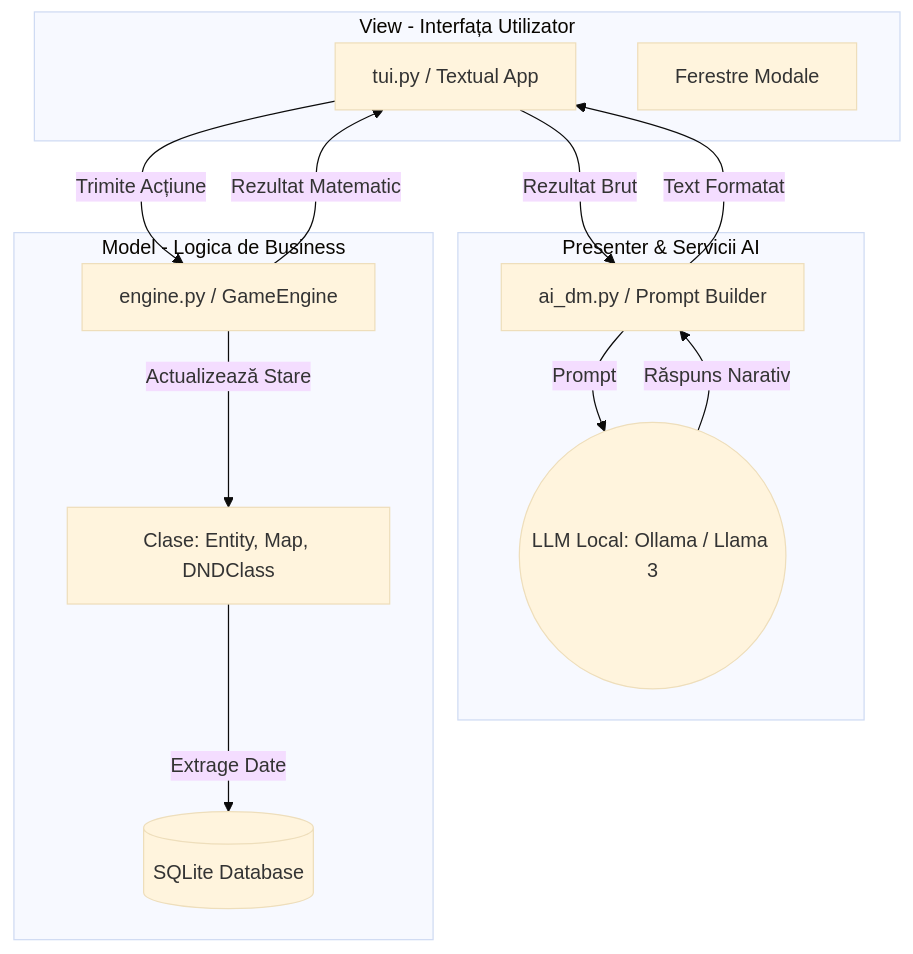
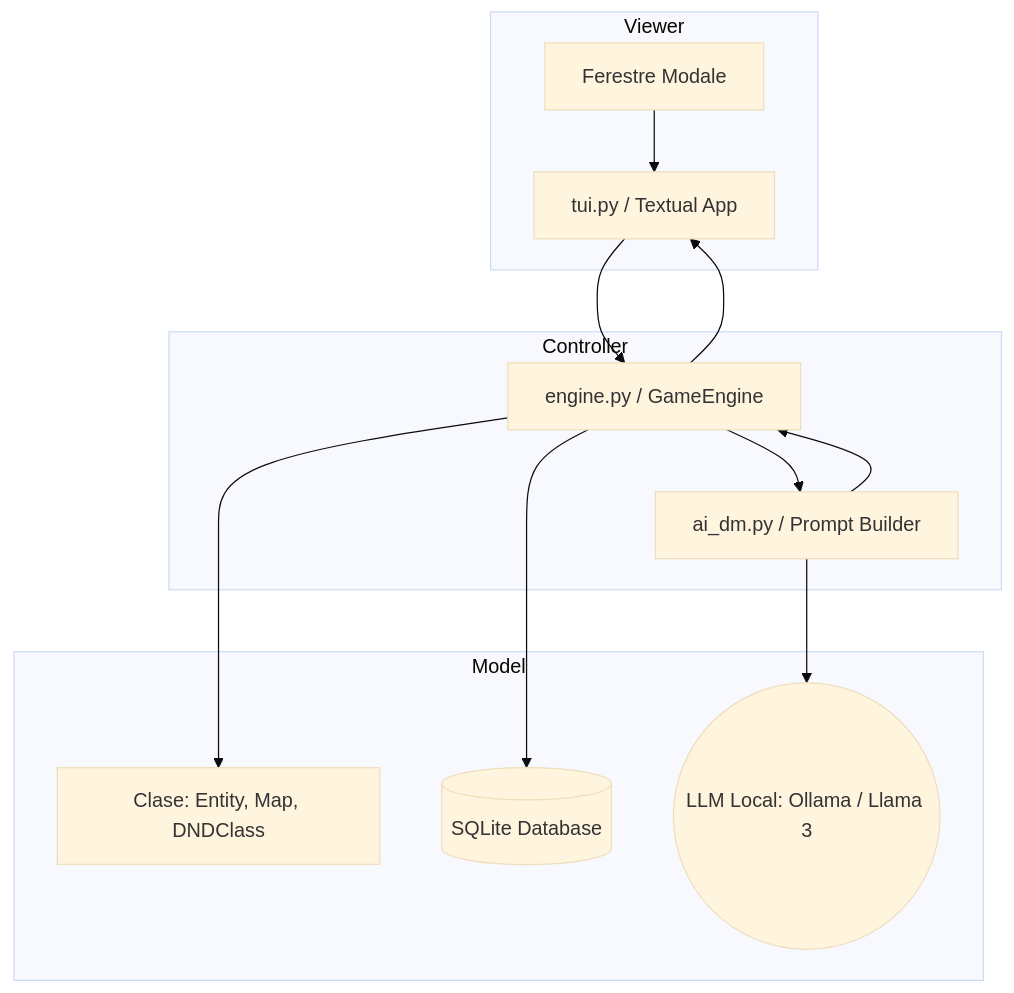
The first of 3 diagrams in README.md (Mach3tryhard/AI-Dungeon-Master), drawn with Mermaid (base theme) before and after one commit. The commit also changed other lines of this file, not shown here.

Commit message:
Diagrame editate sa fie corect

````diff
--- a/README.md
+++ b/README.md
@@ -44,28 +44,31 @@
 ```mermaid
 graph TD
-subgraph UI [View - Interfața Utilizator]
-TUI[tui.py / Textual App]
-Modals[Ferestre Modale]
-end
+    subgraph Viewer
+        TUI["tui.py / Textual App"]
+        Modals["Ferestre Modale"]
+    end
 
-subgraph Services [Presenter & Servicii AI]
-    AIDM[ai_dm.py / Prompt Builder]
-    Ollama((LLM Local: Ollama / Llama 3))
-end
+    subgraph Controller
+        Engine["engine.py / GameEngine"]
+        AIDM["ai_dm.py / Prompt Builder"]
+    end
 
-subgraph Core [Model - Logica de Business]
-    Engine[engine.py / GameEngine]
-    Entities[Clase: Entity, Map, DNDClass]
-    DB[(SQLite Database)]
-end
+    subgraph Model
+        Classes["Clase: Entity, Map, DNDClass"]
+        DB[("SQLite Database")]
+        LLM(("LLM Local: Ollama / Llama 3"))
+    end
 
-TUI -- "Trimite Acțiune" --> Engine
-Engine -- "Actualizează Stare" --> Entities
-Entities -- "Extrage Date" --> DB
-
-Engine -- "Rezultat Matematic" --> TUI
-TUI -- "Rezultat Brut" --> AIDM
-AIDM -- "Prompt" --> Ollama
-Ollama -- "Răspuns Narativ" --> AIDM
-AIDM -- "Text Formatat" --> TUI
+    Modals --> TUI
+    
+    TUI --> Engine
+    Engine --> TUI
+    
+    Engine --> AIDM
+    AIDM --> Engine
+    
+    Engine --> Classes
+    Engine --> DB
+    
+    AIDM --> LLM
 ```
````
